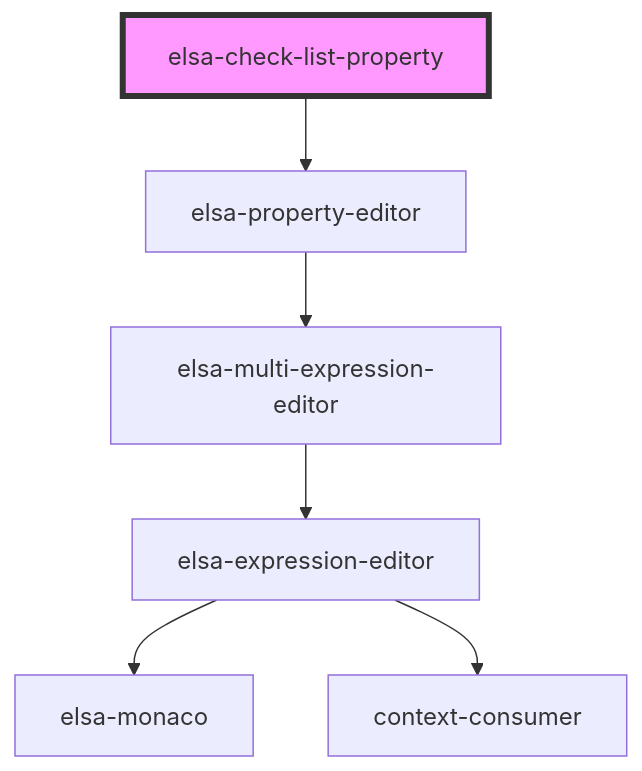
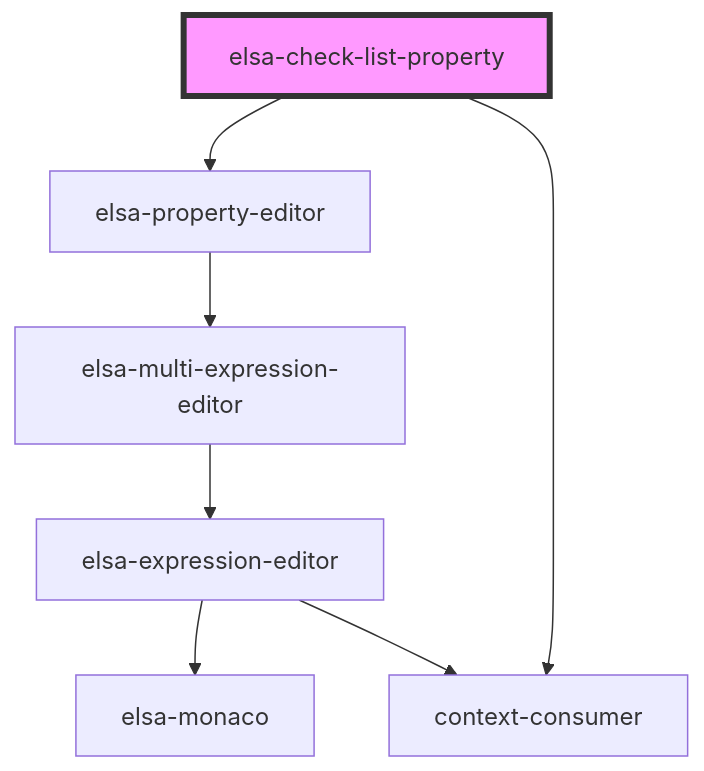
Before and after one commit to elsa-workflows/elsa-core: the diagram in src/designer/elsa-workflows-studio/src/components/editors/properties/elsa-check-list-property/readme.md, drawn with Mermaid. The commit also changed other lines of this file and 22 other files, not shown here.

````diff
--- a/src/designer/elsa-workflows-studio/src/components/editors/properties/elsa-check-list-property/readme.md
+++ b/src/designer/elsa-workflows-studio/src/components/editors/properties/elsa-check-list-property/readme.md
@@ -23,9 +25,10 @@
 ```mermaid
 graph TD;
   elsa-check-list-property --> elsa-property-editor
+  elsa-check-list-property --> context-consumer
   elsa-property-editor --> elsa-multi-expression-editor
   elsa-multi-expression-editor --> elsa-expression-editor
   elsa-expression-editor --> elsa-monaco
   elsa-expression-editor --> context-consumer
   style elsa-check-list-property fill:#f9f,stroke:#333,stroke-width:4px
 ```
````
